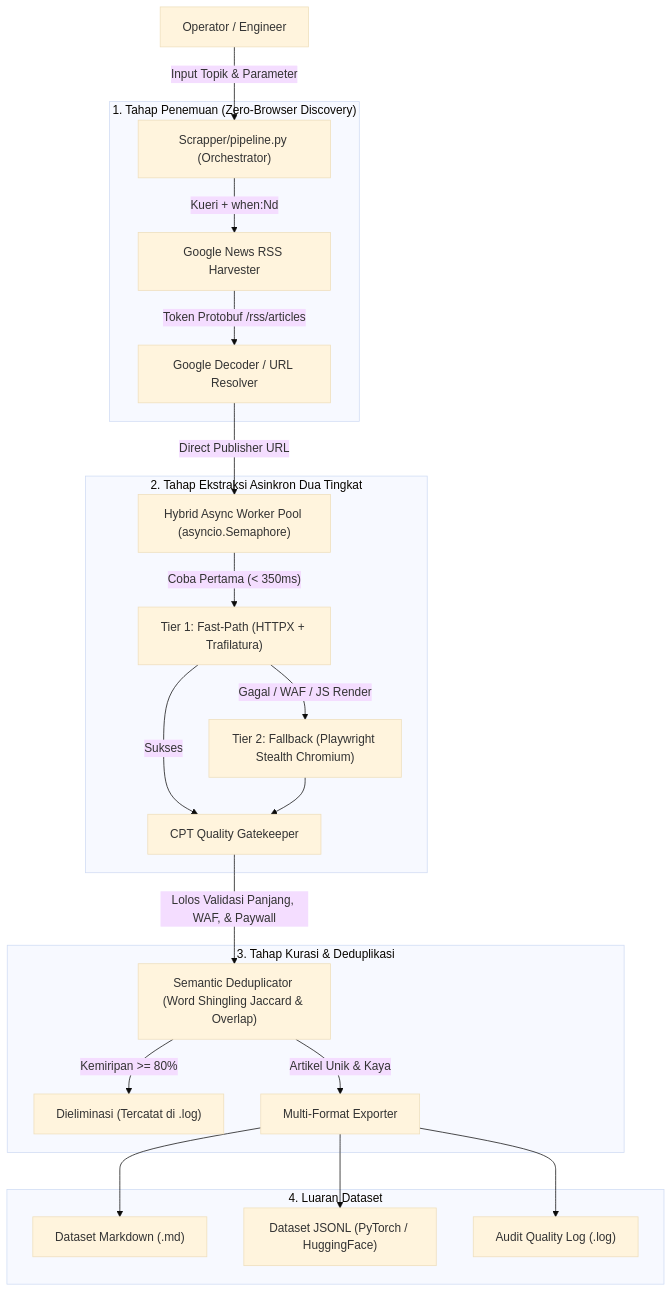
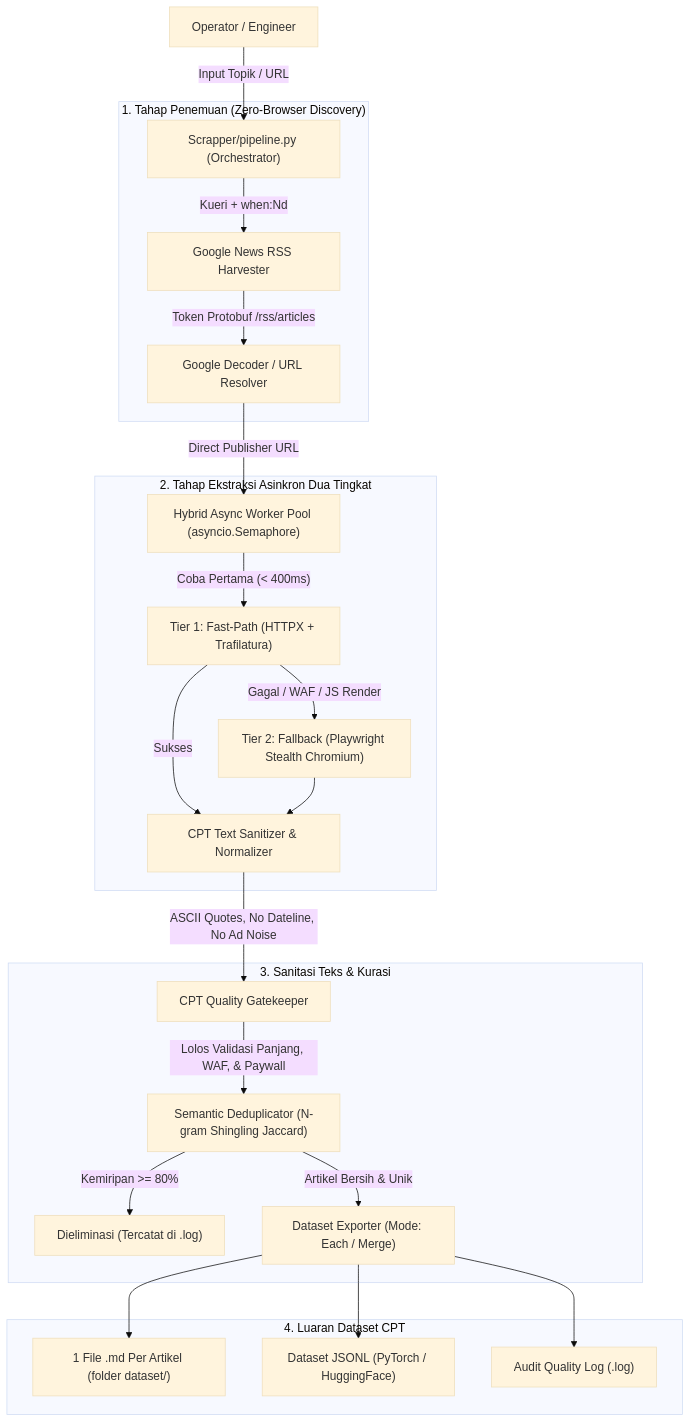
The diagram in readme.md (magang-b2-2026/crawler-engine-halim), drawn with Mermaid (base theme) before and after one commit. The commit also changed other lines of this file and 5 other files, not shown here.

Commit message:
feat: add CPT text sanitizer, 1-article-per-file output mode, and auto-venv switch (v3.1)

````diff
--- a/readme.md
+++ b/readme.md
@@ -31,29 +33,30 @@
 ```mermaid
 flowchart TD
-    User["Operator / Engineer"] -->|"Input Topik & Parameter"| Pipeline["Scrapper/pipeline.py (Orchestrator)"]
+    User["Operator / Engineer"] -->|"Input Topik / URL"| Pipeline["Scrapper/pipeline.py (Orchestrator)"]
     
     subgraph Discovery ["1. Tahap Penemuan (Zero-Browser Discovery)"]
         Pipeline -->|"Kueri + when:Nd"| GNews["Google News RSS Harvester"]
         GNews -->|"Token Protobuf /rss/articles"| Decoder["Google Decoder / URL Resolver"]
     end
 
     subgraph Extraction ["2. Tahap Ekstraksi Asinkron Dua Tingkat"]
         Decoder -->|"Direct Publisher URL"| HybridPool["Hybrid Async Worker Pool (asyncio.Semaphore)"]
-        HybridPool -->|"Coba Pertama (< 350ms)"| Tier1["Tier 1: Fast-Path (HTTPX + Trafilatura)"]
+        HybridPool -->|"Coba Pertama (< 400ms)"| Tier1["Tier 1: Fast-Path (HTTPX + Trafilatura)"]
         Tier1 -- "Gagal / WAF / JS Render" --> Tier2["Tier 2: Fallback (Playwright Stealth Chromium)"]
-        Tier1 -- "Sukses" --> QGate["CPT Quality Gatekeeper"]
-        Tier2 --> QGate
+        Tier1 -- "Sukses" --> Sanitizer["CPT Text Sanitizer & Normalizer"]
+        Tier2 --> Sanitizer
     end
 
-    subgraph Curation ["3. Tahap Kurasi & Deduplikasi"]
-        QGate -->|"Lolos Validasi Panjang, WAF, & Paywall"| Dedup["Semantic Deduplicator (Word Shingling Jaccard & Overlap)"]
+    subgraph Sanitation ["3. Sanitasi Teks & Kurasi"]
+        Sanitizer -->|"ASCII Quotes, No Dateline, No Ad Noise"| QGate["CPT Quality Gatekeeper"]
+        QGate -->|"Lolos Validasi Panjang, WAF, & Paywall"| Dedup["Semantic Deduplicator (N-gram Shingling Jaccard)"]
         Dedup -->|"Kemiripan >= 80%"| Drop["Dieliminasi (Tercatat di .log)"]
-        Dedup -->|"Artikel Unik & Kaya"| Exporter["Multi-Format Exporter"]
+        Dedup -->|"Artikel Bersih & Unik"| Exporter["Dataset Exporter (Mode: Each / Merge)"]
     end
 
-    subgraph Output ["4. Luaran Dataset"]
-        Exporter --> MD["Dataset Markdown (.md)"]
+    subgraph Output ["4. Luaran Dataset CPT"]
+        Exporter --> MD["1 File .md Per Artikel (folder dataset/)"]
         Exporter --> JSONL["Dataset JSONL (PyTorch / HuggingFace)"]
         Exporter --> LOG["Audit Quality Log (.log)"]
     end
 ```
````
